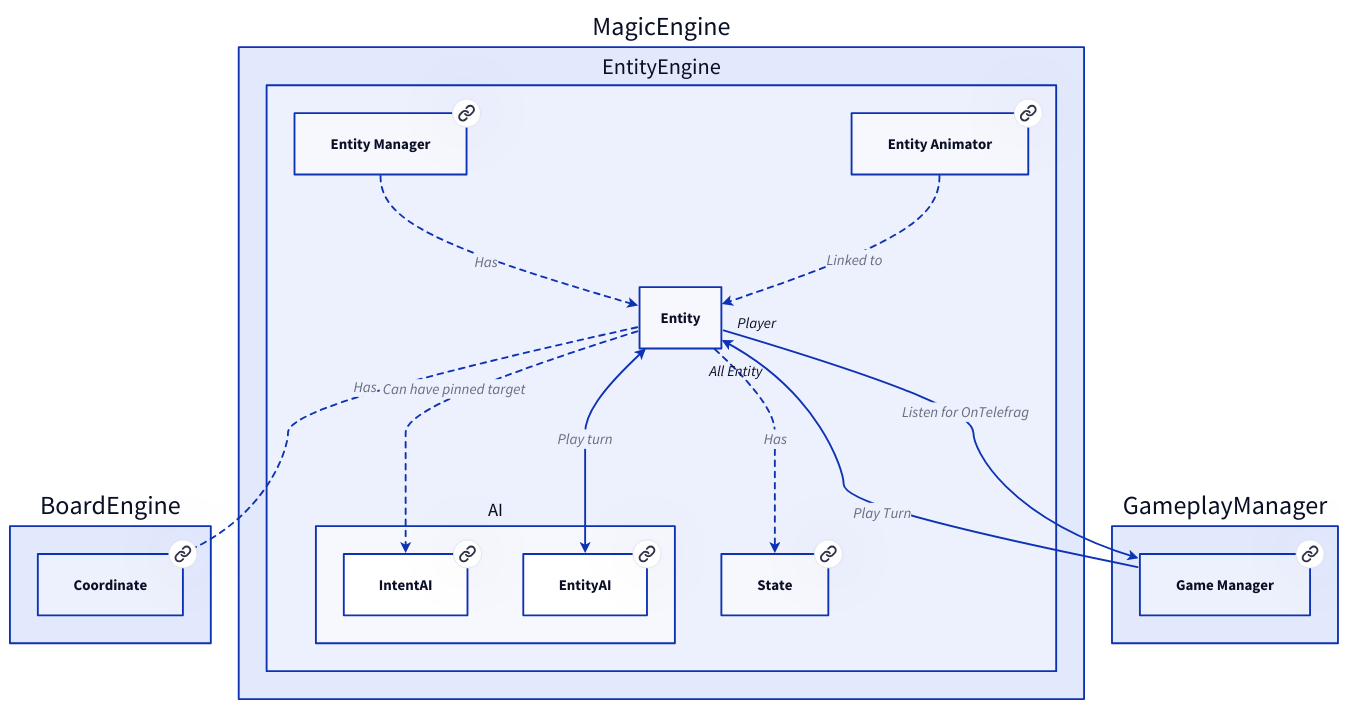
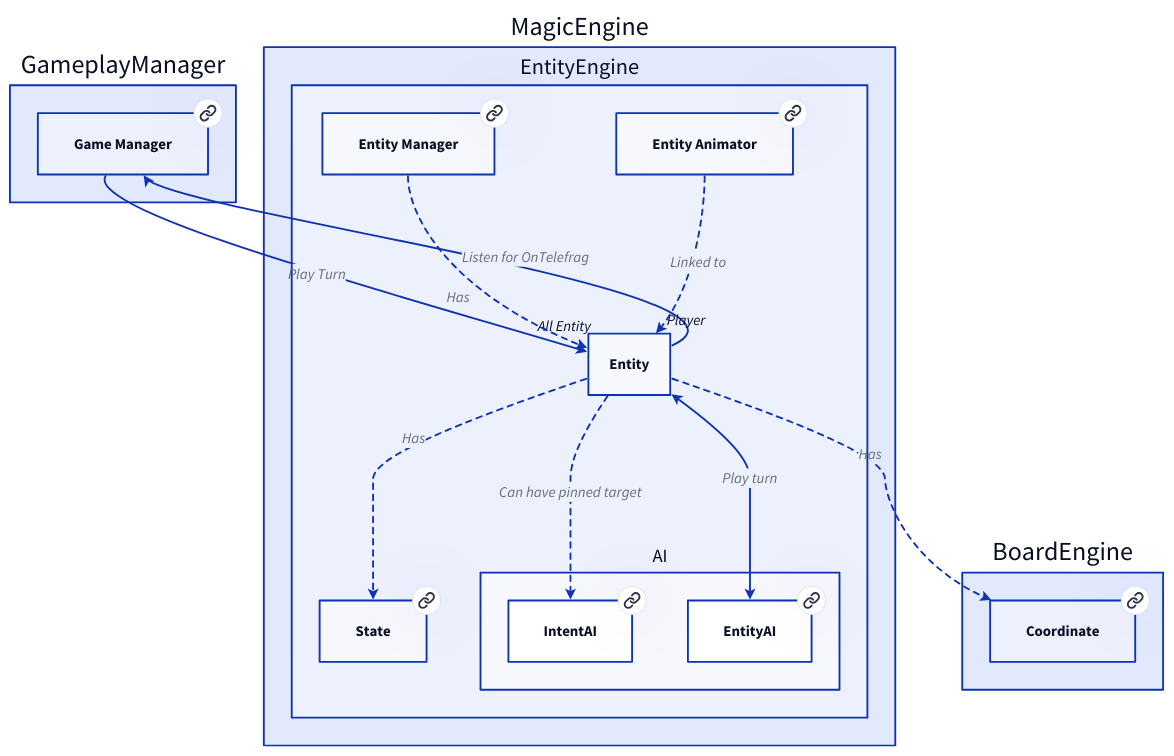
The diagram in doc/MagicEngine/EntityEngine/Entity.md (Portevent/Brume-Documentation), drawn with D2 before and after one commit. The commit also changed other lines of this file and 90 other files, not shown here.

````diff
--- a/doc/MagicEngine/EntityEngine/Entity.md
+++ b/doc/MagicEngine/EntityEngine/Entity.md
@@ -21,69 +21,69 @@
 ```d2
 # Nodes :
 BoardEngine: {
     Coordinate: Coordinate {
        link: Coordinate
     }
 }
+GameplayManager: {
+    GameManager: Game Manager {
+       link: GameManager
+    }
+}
 MagicEngine: {
     EntityEngine: {
+        EntityManager: Entity Manager {
+           link: EntityManager
+        }
         EntityAnimator: Entity Animator {
            link: EntityAnimator
         }
-        EntityManager: Entity Manager {
-           link: EntityManager
+        State: State {
+           link: State
         }
         AI: {
             IntentAI: IntentAI {
                link: IntentAI
             }
             EntityAI: EntityAI {
                link: EntityAI
             }
         }
-        State: State {
-           link: State
-        }
-    }
-}
-GameplayManager: {
-    GameManager: Game Manager {
-       link: GameManager
     }
 }
 
 # Links :
-MagicEngine.EntityEngine.EntityAnimator -> MagicEngine.EntityEngine.Entity: Linked to {style.stroke-dash: 3
+MagicEngine.EntityEngine.Entity -> GameplayManager.GameManager: Listen for OnTelefrag {
+source-arrowhead: Player{}
+target-arrowhead: {shape: arrow}
+}
+GameplayManager.GameManager -> MagicEngine.EntityEngine.Entity: Play Turn {
 source-arrowhead: {}
-target-arrowhead: {shape: arrow}
+target-arrowhead: All Entity{shape: arrow}
 }
 MagicEngine.EntityEngine.EntityManager -> MagicEngine.EntityEngine.Entity: Has {style.stroke-dash: 3
 source-arrowhead: {}
 target-arrowhead: {shape: arrow}
 }
-MagicEngine.EntityEngine.Entity -> MagicEngine.EntityEngine.AI.IntentAI: Can have pinned target {style.stroke-dash: 3
+MagicEngine.EntityEngine.EntityAnimator -> MagicEngine.EntityEngine.Entity: Linked to {style.stroke-dash: 3
 source-arrowhead: {}
 target-arrowhead: {shape: arrow}
 }
 MagicEngine.EntityEngine.Entity <-> MagicEngine.EntityEngine.AI.EntityAI: Play turn {
 source-arrowhead: {shape: arrow}
 target-arrowhead: {shape: arrow}
 }
 MagicEngine.EntityEngine.Entity -> MagicEngine.EntityEngine.State: Has {style.stroke-dash: 3
 source-arrowhead: {}
 target-arrowhead: {shape: arrow}
 }
 MagicEngine.EntityEngine.Entity -> BoardEngine.Coordinate: Has {style.stroke-dash: 3
 source-arrowhead: {}
 target-arrowhead: {shape: arrow}
 }
-MagicEngine.EntityEngine.Entity -> GameplayManager.GameManager: Listen for OnTelefrag {
-source-arrowhead: Player{}
+MagicEngine.EntityEngine.Entity -> MagicEngine.EntityEngine.AI.IntentAI: Can have pinned target {style.stroke-dash: 3
+source-arrowhead: {}
 target-arrowhead: {shape: arrow}
-}
-GameplayManager.GameManager -> MagicEngine.EntityEngine.Entity: Play Turn {
-source-arrowhead: {}
-target-arrowhead: All Entity{shape: arrow}
 }
 
 ```
````
